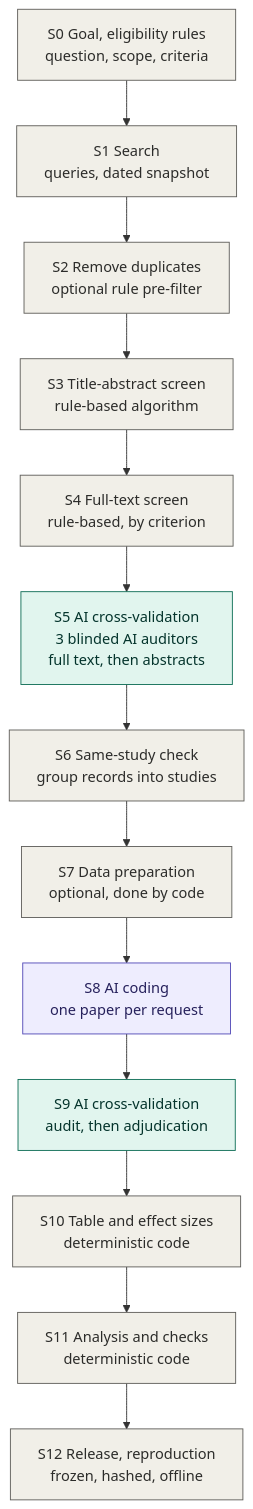
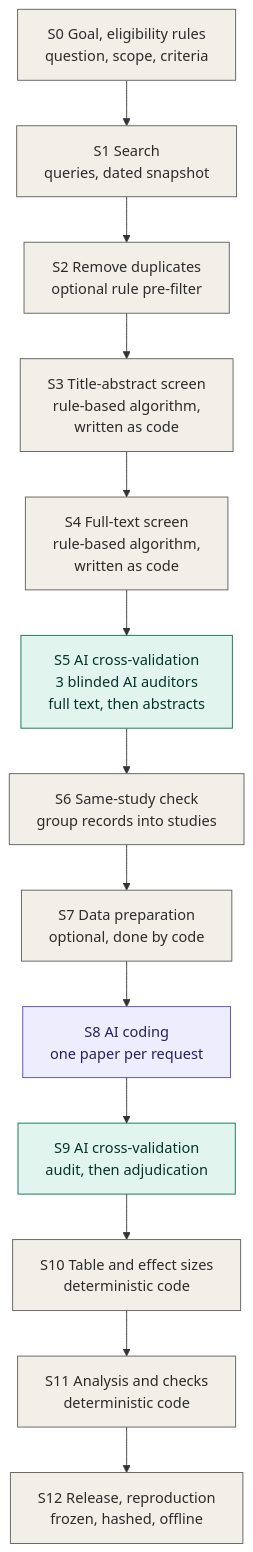
One commit to shanbuzaigao/raes changed the first of 2 diagrams in PROTOCOL.md. Above: the diagram before and after it, drawn with Mermaid. The commit also changed 2 other files, not shown here.

Commit message:
Use the same label for both screening stages in the figure

````diff
--- a/PROTOCOL.md
+++ b/PROTOCOL.md
@@ -11,25 +11,25 @@
 ```mermaid
 flowchart TD
     S0["S0 Goal, eligibility rules<br/>question, scope, criteria"]
     S1["S1 Search<br/>queries, dated snapshot"]
     S2["S2 Remove duplicates<br/>optional rule pre-filter"]
-    S3["S3 Title-abstract screen<br/>rule-based algorithm"]
-    S4["S4 Full-text screen<br/>rule-based, by criterion"]
+    S3["S3 Title-abstract screen<br/>rule-based algorithm,<br/>written as code"]
+    S4["S4 Full-text screen<br/>rule-based algorithm,<br/>written as code"]
     S5["S5 AI cross-validation<br/>3 blinded AI auditors<br/>full text, then abstracts"]
     S6["S6 Same-study check<br/>group records into studies"]
     S7["S7 Data preparation<br/>optional, done by code"]
     S8["S8 AI coding<br/>one paper per request"]
     S9["S9 AI cross-validation<br/>audit, then adjudication"]
     S10["S10 Table and effect sizes<br/>deterministic code"]
     S11["S11 Analysis and checks<br/>deterministic code"]
     S12["S12 Release, reproduction<br/>frozen, hashed, offline"]
 
     S0 --> S1 --> S2 --> S3 --> S4 --> S5 --> S6 --> S7 --> S8 --> S9 --> S10 --> S11 --> S12
 
     classDef code fill:#F1EFE8,stroke:#5F5E5A,color:#2C2C2A
     classDef exec fill:#EEEDFE,stroke:#534AB7,color:#26215C
     classDef audit fill:#E1F5EE,stroke:#0F6E56,color:#04342C
     class S0,S1,S2,S3,S4,S6,S7,S10,S11,S12 code
     class S8 exec
     class S5,S9 audit
 ```
````
